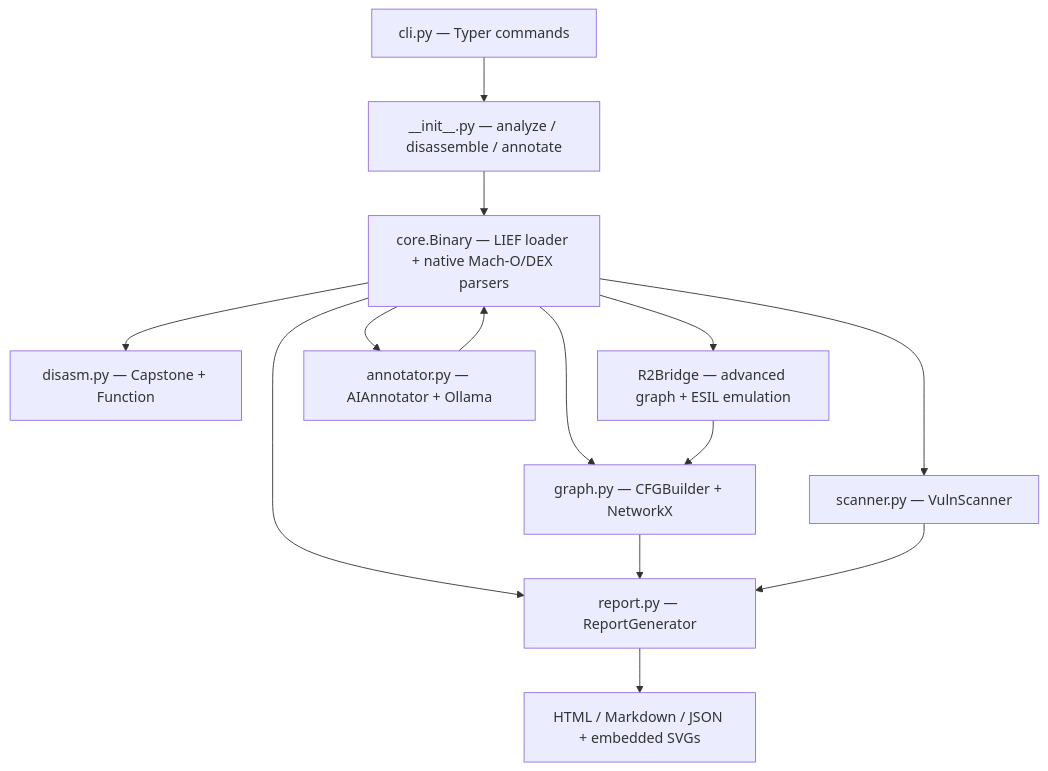
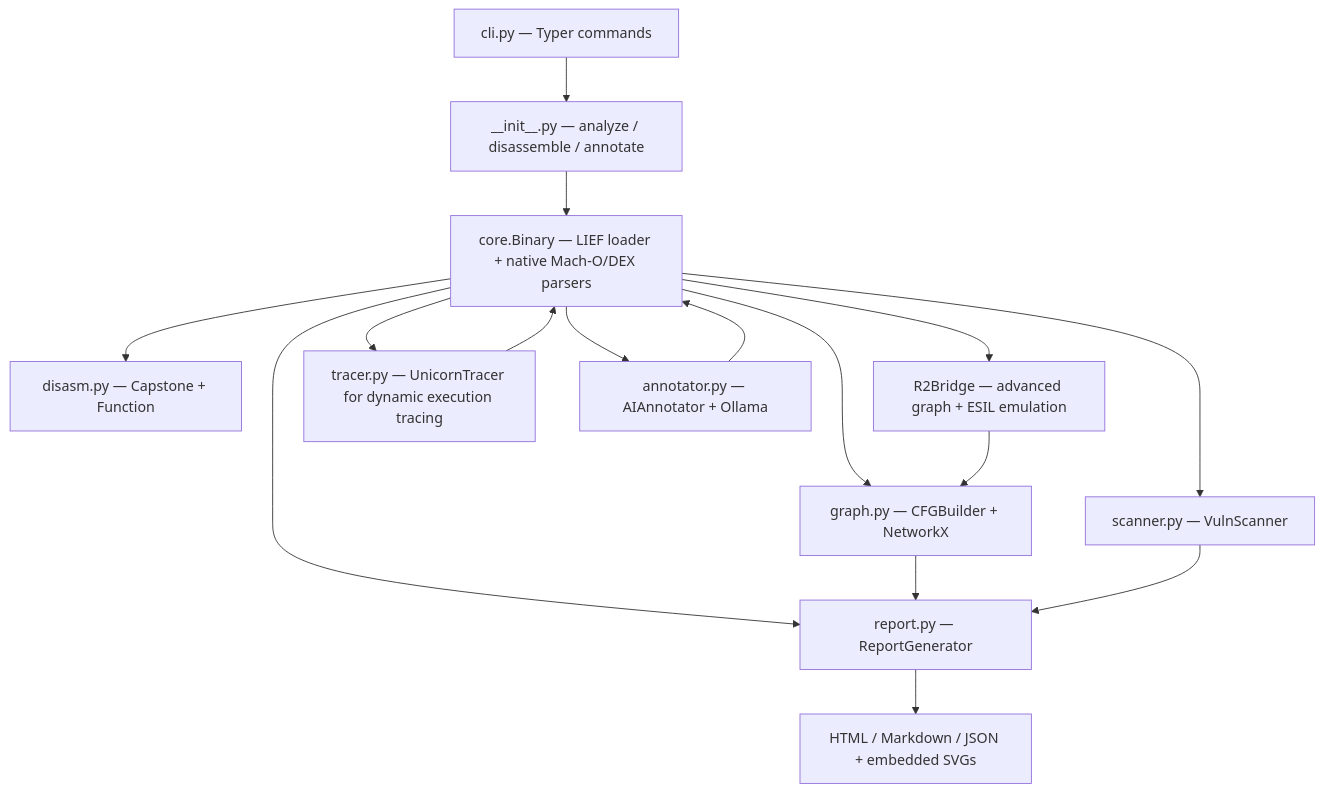
The diagram in README.md (ajendras/ReverseKit), drawn with Mermaid before and after one commit. The commit also changed other lines of this file and 4 other files, not shown here.

Commit message:
feat(tracer): add Unicorn-based dynamic tracing command

````diff
--- a/README.md
+++ b/README.md
@@ -221,16 +248,18 @@
 ```mermaid
 flowchart TD
     CLI[cli.py — Typer commands] --> API[__init__.py — analyze / disassemble / annotate]
     API --> Binary[core.Binary — LIEF loader + native Mach-O/DEX parsers]
     Binary --> Disasm[disasm.py — Capstone + Function]
     Binary --> R2[R2Bridge — advanced graph + ESIL emulation]
+    Binary --> Tracer[tracer.py — UnicornTracer for dynamic execution tracing]
     Binary --> Scanner[scanner.py — VulnScanner]
     Binary --> Annotator[annotator.py — AIAnnotator + Ollama]
     Annotator --> Binary
     Binary --> Graph[graph.py — CFGBuilder + NetworkX]
     Binary --> Report[report.py — ReportGenerator]
     R2 --> Graph
+    Tracer --> Binary
     Graph --> Report
     Scanner --> Report
     Report --> Outputs[HTML / Markdown / JSON + embedded SVGs]
 ```
````
